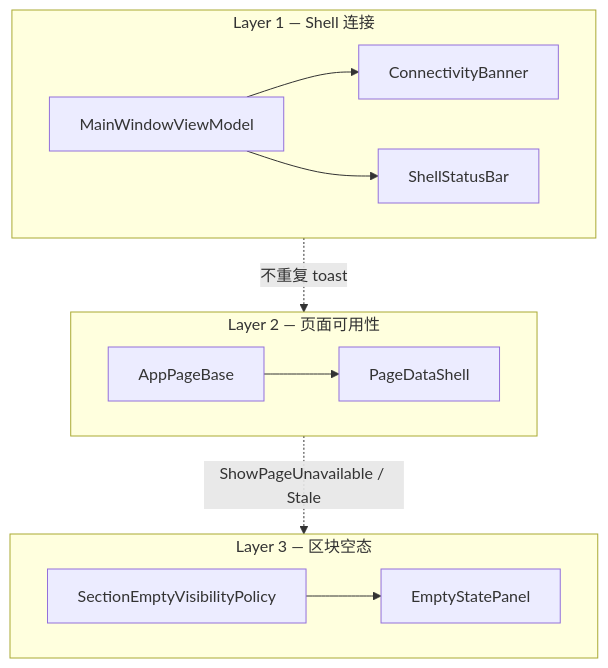
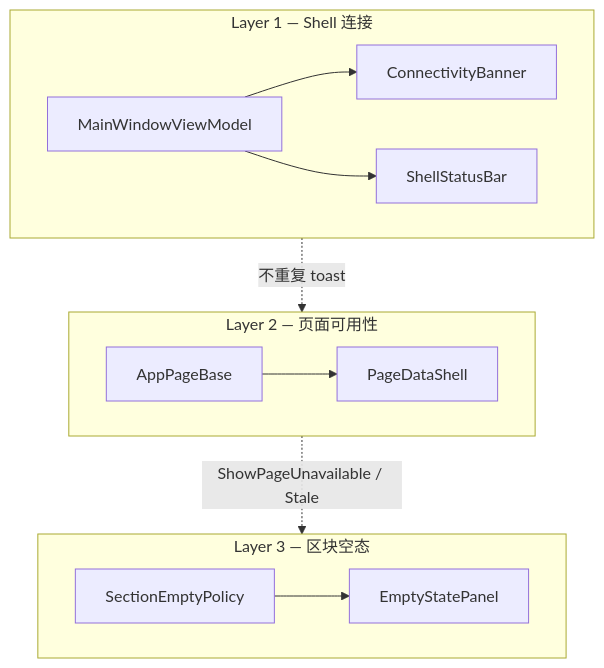
One commit to pacmandoh/pactoolkits changed the diagram in docs/architecture/desktop-state.md. Above: the diagram before and after it, drawn with Mermaid. The commit also changed other lines of this file and 17 other files, not shown here.

````diff
--- a/docs/architecture/desktop-state.md
+++ b/docs/architecture/desktop-state.md
@@ -9,25 +9,25 @@
 ```mermaid
 flowchart TB
   subgraph L1["Layer 1 — Shell 连接"]
     MW["MainWindowViewModel"]
     Banner["ConnectivityBanner"]
     Status["ShellStatusBar"]
     MW --> Banner
     MW --> Status
   end
 
   subgraph L2["Layer 2 — 页面可用性"]
     Base["AppPageBase"]
     Shell["PageDataShell"]
     Base --> Shell
   end
 
   subgraph L3["Layer 3 — 区块空态"]
     Empty["EmptyStatePanel"]
-    Policy["SectionEmptyVisibilityPolicy"]
+    Policy["SectionEmptyPolicy"]
     Policy --> Empty
   end
 
   L1 -.->|不重复 toast| L2
   L2 -.->|ShowPageUnavailable / Stale| L3
 ```
````
